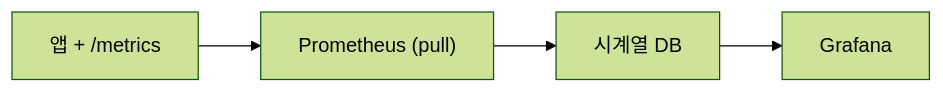
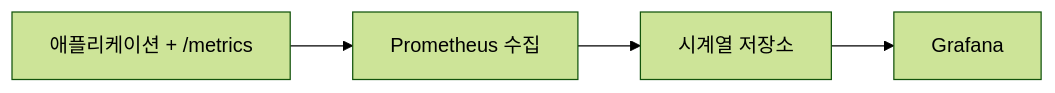
The diagram in content/observability-101/ko/03-metric-collection.md (yeongseon-books/book-content), drawn with Mermaid (forest theme) before and after one commit. The commit also changed other lines of this file and 9 other files, not shown here.

````diff
--- a/content/observability-101/ko/03-metric-collection.md
+++ b/content/observability-101/ko/03-metric-collection.md
@@ -55,6 +49,6 @@
 ```mermaid
 flowchart LR
-    App["앱 + /metrics"] --> Prom["Prometheus (pull)"]
-    Prom --> TSDB["시계열 DB"]
+    App["애플리케이션 + /metrics"] --> Prom["Prometheus 수집"]
+    Prom --> TSDB["시계열 저장소"]
     TSDB --> Graf["Grafana"]
 ```
````
